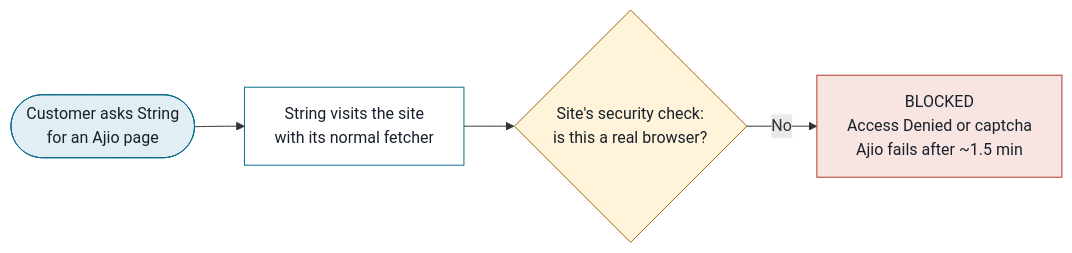
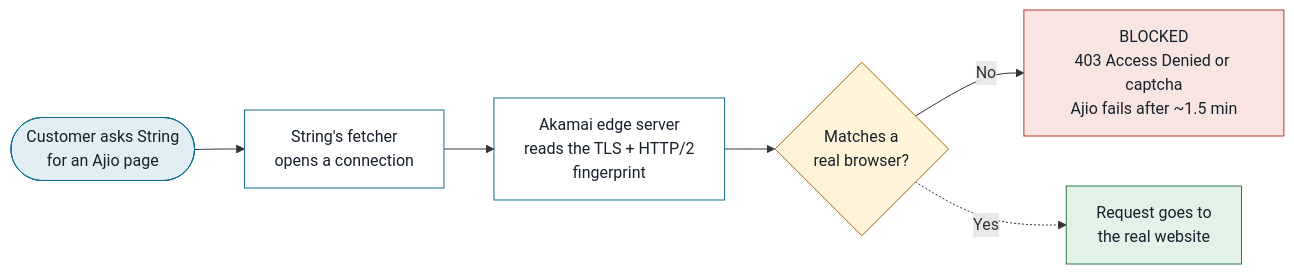
The first of 6 diagrams in README.md (Sakshamebdev873/useString), drawn with Mermaid before and after one commit. The commit also changed other lines of this file, not shown here.

First line of the commit message:
Add Akamai and TLS fingerprint details to README

````diff
--- a/README.md
+++ b/README.md
@@ -10,15 +10,19 @@
 ```mermaid
 flowchart LR
-    A(["Customer asks String<br/>for an Ajio page"]) --> B["String visits the site<br/>with its normal fetcher"]
-    B --> C{"Site's security check:<br/>is this a real browser?"}
-    C -- No --> D["BLOCKED<br/>Access Denied or captcha<br/>Ajio fails after ~1.5 min"]
+    A(["Customer asks String<br/>for an Ajio page"]) --> B["String's fetcher<br/>opens a connection"]
+    B --> C["Akamai edge server<br/>reads the TLS + HTTP/2<br/>fingerprint"]
+    C --> D{"Matches a<br/>real browser?"}
+    D -- No --> E["BLOCKED<br/>403 Access Denied or captcha<br/>Ajio fails after ~1.5 min"]
+    D -.->|Yes| F["Request goes to<br/>the real website"]
 
     classDef start fill:#E1EFF4,stroke:#0F6E8C,color:#17202B
     classDef step fill:#FFFFFF,stroke:#0F6E8C,color:#17202B
     classDef check fill:#FFF3D9,stroke:#9A6A12,color:#17202B
     classDef stop fill:#F8E5E1,stroke:#B23B2A,color:#17202B
+    classDef good fill:#E3F2E8,stroke:#2C7A4B,color:#17202B
     class A start
-    class B step
-    class C check
-    class D stop
+    class B,C step
+    class D check
+    class E stop
+    class F good
 ```
````
